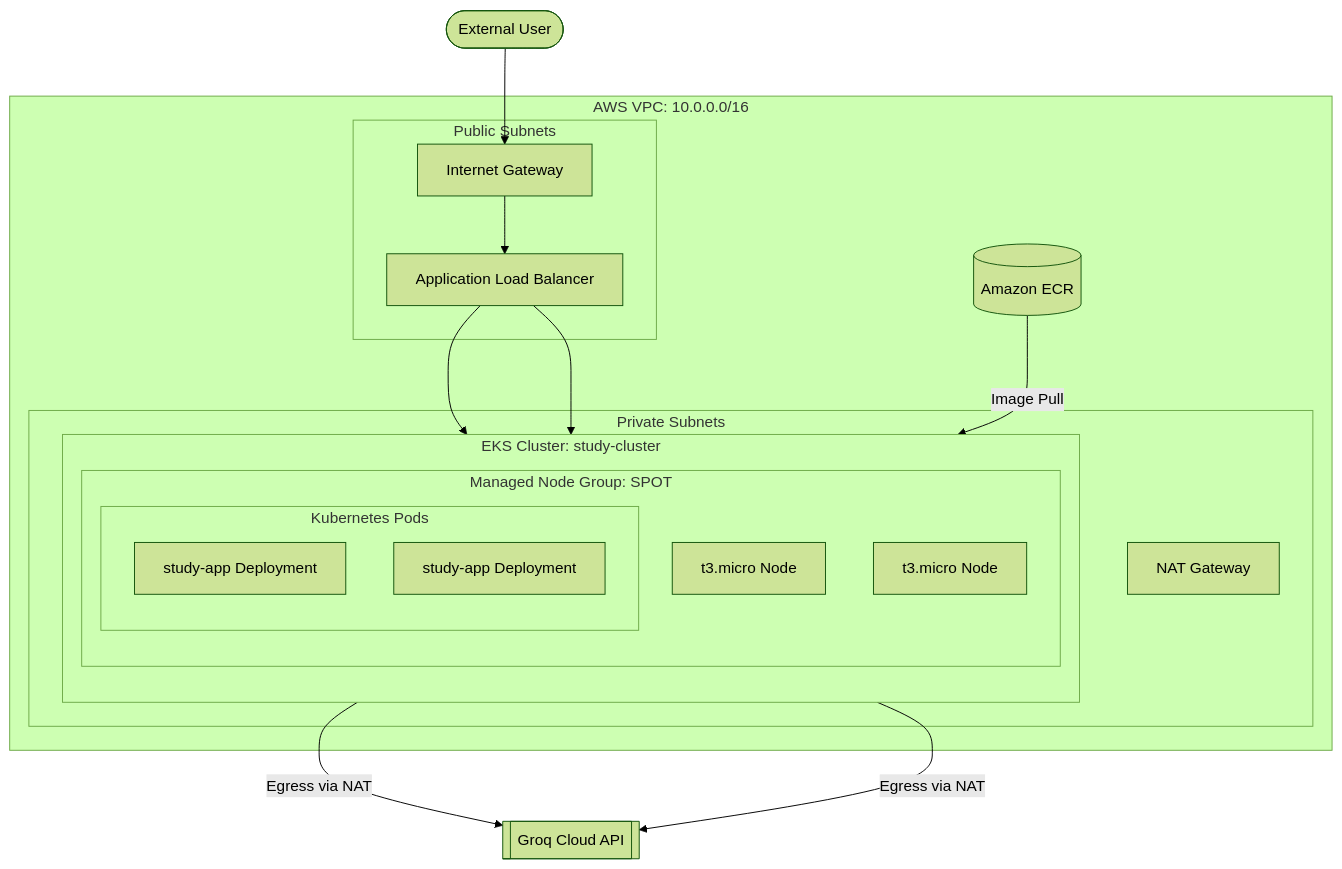
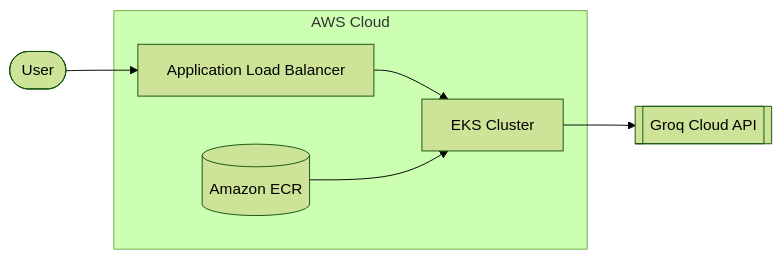
The first of 2 diagrams in README.md (nasim-raj-laskar/StudyAI), drawn with Mermaid (forest theme) before and after one commit. The commit also changed other lines of this file, not shown here.

Commit message:
FINAL README UPDATED

````diff
--- a/README.md
+++ b/README.md
@@ -13,41 +13,17 @@
 ```mermaid
-graph TD
-    %% Define Nodes
-    User([External User])
-    IGW[Internet Gateway]
-    ALB[Application Load Balancer]
-    NAT[NAT Gateway]
+graph LR
+    User([User])
 
-    subgraph VPC [AWS VPC: 10.0.0.0/16]
-        subgraph PublicSubnets [Public Subnets]
-            ALB
-            IGW
-        end
-
-        subgraph PrivateSubnets [Private Subnets]
-            NAT
-            subgraph EKS [EKS Cluster: study-cluster]
-                direction TB
-                subgraph NodeGroup [Managed Node Group: SPOT]
-                    Node1[t3.micro Node]
-                    Node2[t3.micro Node]
-
-                    subgraph K8sPods [Kubernetes Pods]
-                        Pod1[study-app Deployment]
-                        Pod2[study-app Deployment]
-                    end
-                end
-            end
-        end
-
+    subgraph AWS["AWS Cloud"]
+        ALB[Application Load Balancer]
+        EKS[EKS Cluster]
         ECR[(Amazon ECR)]
     end
 
-    %% Define Flows
-    User --> IGW
-    IGW --> ALB
-    ALB --> Pod1
-    ALB --> Pod2
-    Pod1 & Pod2 -- Egress via NAT --> GroqAPI[[Groq Cloud API]]
-    ECR -- Image Pull --> NodeGroup
+    Groq[[Groq Cloud API]]
+
+    User --> ALB
+    ALB --> EKS
+    EKS --> Groq
+    ECR --> EKS
 ```
````
